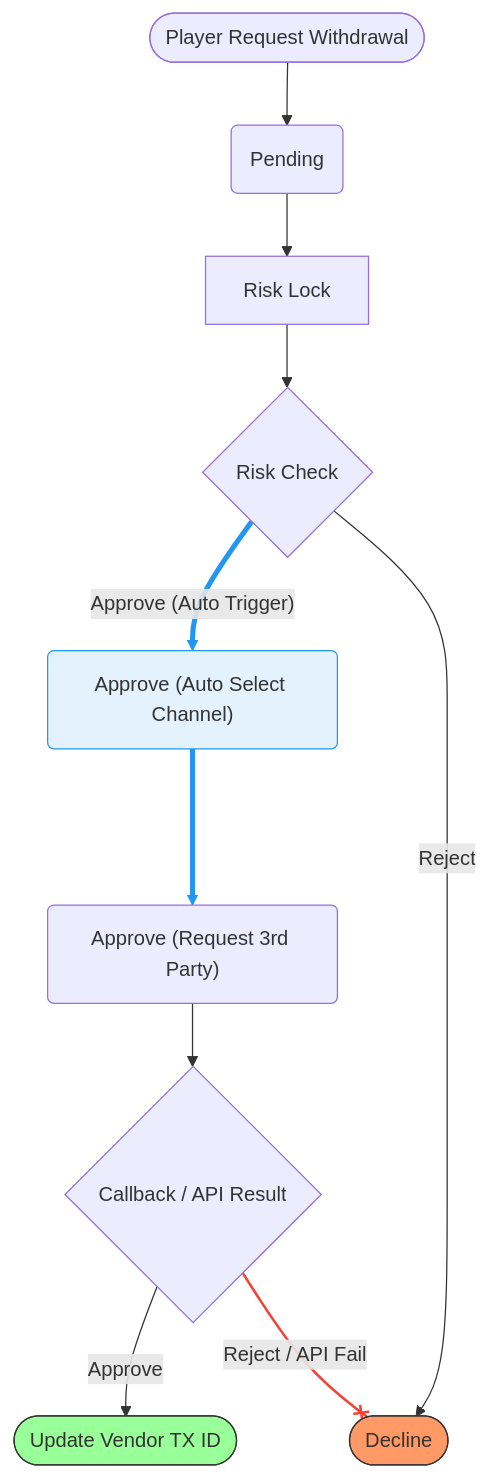
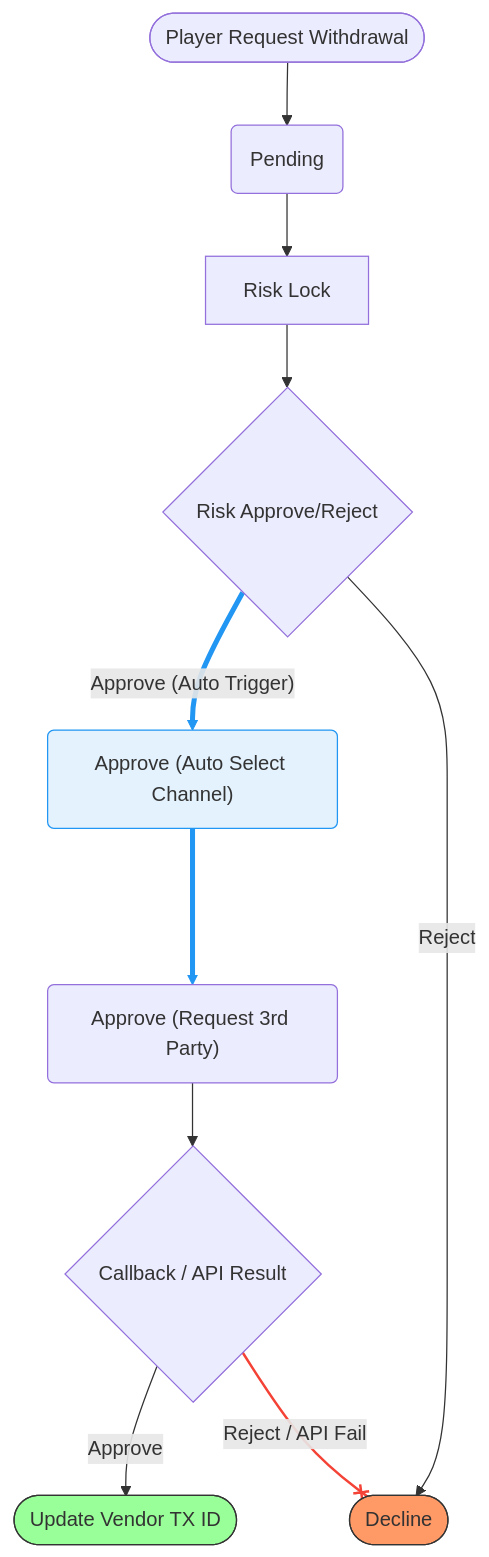
The second of 2 diagrams in no99_archive/sitflowchart.md (almightyken0425/SuSuGiGiSpec), drawn with Mermaid before and after one commit. The commit also changed other lines of this file, not shown here.

````diff
--- a/no99_archive/sitflowchart.md
+++ b/no99_archive/sitflowchart.md
@@ -73,50 +73,50 @@
 ```mermaid
 graph TD
     %% 節點定義
     StartAuto(["Player Request Withdrawal"])
     PendingAuto("Pending")
     RiskLockAuto["Risk Lock"]
-    RiskActionAuto{"Risk Check"}
+    RiskActionAuto{"Risk Approve/Reject"}
     ApproveAuto("Approve (Auto Select Channel)")
     ApproveReqAuto("Approve (Request 3rd Party)")
     DeclineAuto(["Decline"])
     SuccessAuto(["Update Vendor TX ID"])
     CallbackAuto{"Callback / API Result"}
 
     StartAuto --> PendingAuto
     PendingAuto --> RiskLockAuto
     RiskLockAuto --> RiskActionAuto
     
     %% 高亮自動化路徑
     RiskActionAuto ==>|"Approve (Auto Trigger)"| ApproveAuto
     ApproveAuto ===> ApproveReqAuto
 
     RiskActionAuto -->|"Reject"| DeclineAuto
     
     ApproveReqAuto --> CallbackAuto
 
     CallbackAuto -->|"Approve"| SuccessAuto
     
     %% 高亮報廢路徑
     CallbackAuto --x|"Reject / API Fail"| DeclineAuto
 
     %% 樣式與連結美化
     %% linkStyle 索引 (基於連接線出現順序):
     %% 0: StartAuto -> PendingAuto
     %% 1: PendingAuto -> RiskLockAuto
     %% 2: RiskLockAuto -> RiskActionAuto
     %% 3: RiskActionAuto ==> ApproveAuto
     %% 4: ApproveAuto ===> ApproveReqAuto
     %% 5: RiskActionAuto --> DeclineAuto
     %% 6: ApproveReqAuto --> CallbackAuto
     %% 7: CallbackAuto --> SuccessAuto
     %% 8: CallbackAuto --x DeclineAuto
 
     linkStyle 3 stroke:#2196f3,stroke-width:4px;
     linkStyle 4 stroke:#2196f3,stroke-width:4px;
     linkStyle 8 stroke:#f44336,stroke-width:2px;
 
     style DeclineAuto fill:#f96,stroke:#333
     style SuccessAuto fill:#9f9,stroke:#333
     style ApproveAuto fill:#e3f2fd,stroke:#2196f3
 ```
````
